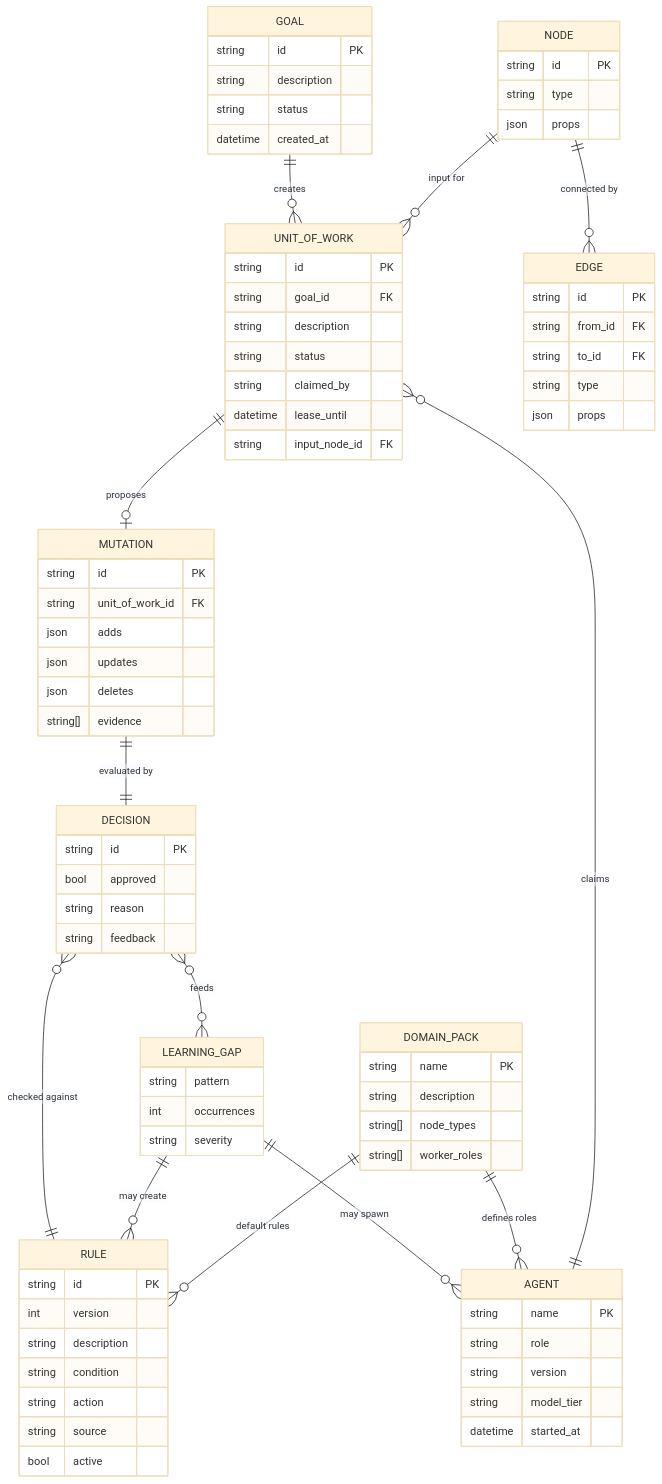
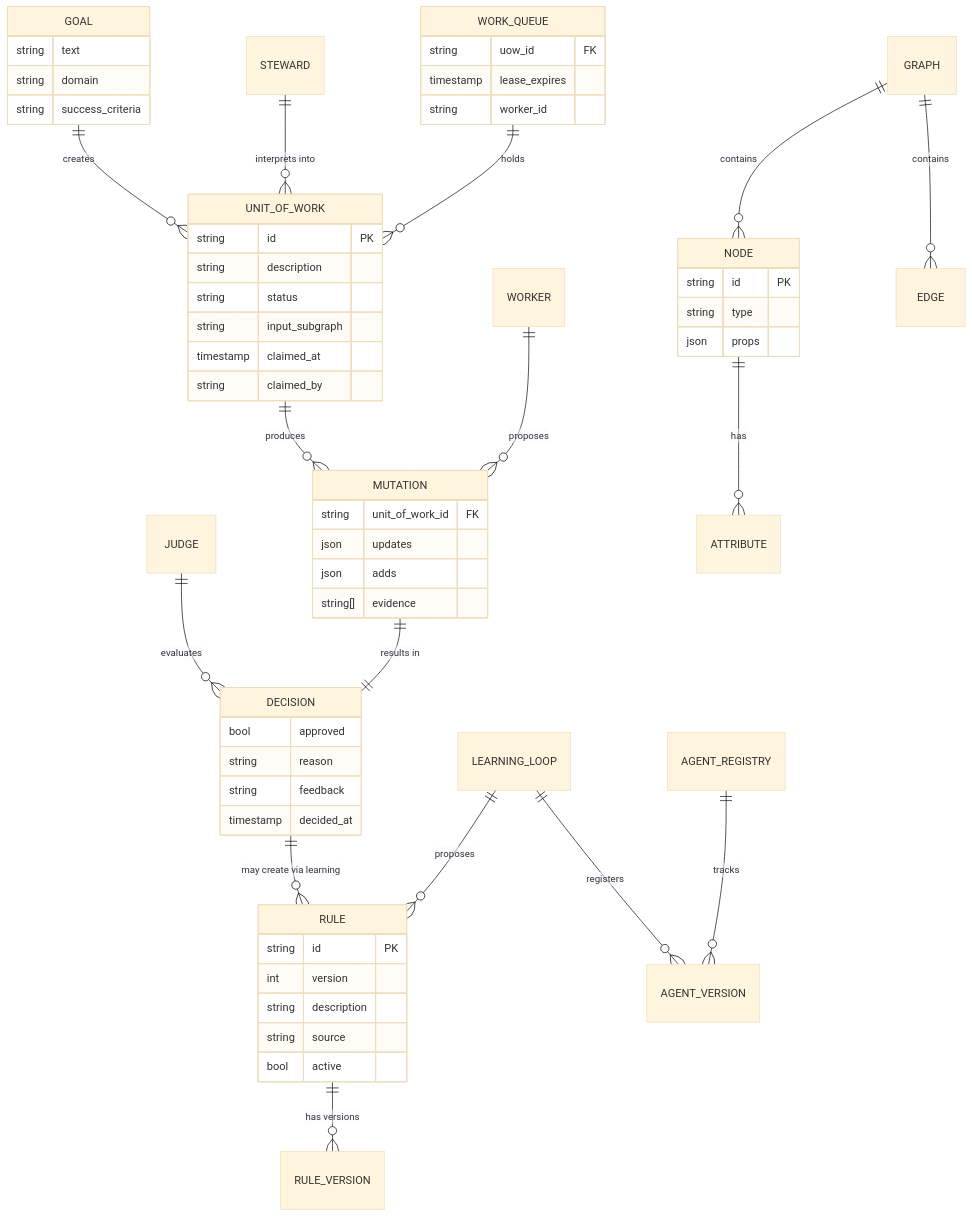
One commit to idristarwala/agent-factory changed the first of 6 diagrams in docs/ER_DIAGRAMS.md. Above: the diagram before and after it, drawn with Mermaid (base theme). The commit also changed other lines of this file and 1 other file, not shown here.

Commit message:
Add detailed ER and architecture diagrams to docs

````diff
--- a/docs/ER_DIAGRAMS.md
+++ b/docs/ER_DIAGRAMS.md
@@ -5,84 +7,61 @@
 ```mermaid
 erDiagram
     GOAL ||--o{ UNIT_OF_WORK : "creates"
-    UNIT_OF_WORK ||--o| MUTATION : "proposes"
-    MUTATION ||--|| DECISION : "evaluated by"
-    DECISION }o--|| RULE : "checked against"
-    DECISION }o--o{ LEARNING_GAP : "feeds"
-    LEARNING_GAP ||--o{ RULE : "may create"
-    LEARNING_GAP ||--o{ AGENT : "may spawn"
-    AGENT ||--o{ UNIT_OF_WORK : "claims"
-    NODE ||--o{ UNIT_OF_WORK : "input for"
-    NODE ||--o{ EDGE : "connected by"
-    DOMAIN_PACK ||--o{ AGENT : "defines roles"
-    DOMAIN_PACK ||--o{ RULE : "default rules"
+    STEWARD ||--o{ UNIT_OF_WORK : "interprets into"
+    UNIT_OF_WORK ||--o{ MUTATION : "produces"
+    WORKER ||--o{ MUTATION : "proposes"
+    JUDGE ||--o{ DECISION : "evaluates"
+    MUTATION ||--|| DECISION : "results in"
+    DECISION ||--o{ RULE : "may create via learning"
+    GRAPH ||--o{ NODE : "contains"
+    GRAPH ||--o{ EDGE : "contains"
+    NODE ||--o{ ATTRIBUTE : "has"
+    RULE ||--o{ RULE_VERSION : "has versions"
+    LEARNING_LOOP ||--o{ RULE : "proposes"
+    LEARNING_LOOP ||--o{ AGENT_VERSION : "registers"
+    WORK_QUEUE ||--o{ UNIT_OF_WORK : "holds"
+    AGENT_REGISTRY ||--o{ AGENT_VERSION : "tracks"
 
     GOAL {
+        string text
+        string domain
+        string success_criteria
+    }
+    UNIT_OF_WORK {
         string id PK
         string description
         string status
-        datetime created_at
+        string input_subgraph
+        timestamp claimed_at
+        string claimed_by
     }
-    UNIT_OF_WORK {
+    MUTATION {
+        string unit_of_work_id FK
+        json updates
+        json adds
+        string[] evidence
+    }
+    DECISION {
+        bool approved
+        string reason
+        string feedback
+        timestamp decided_at
+    }
+    RULE {
         string id PK
-        string goal_id FK
+        int version
         string description
-        string status
-        string claimed_by
-        datetime lease_until
-        string input_node_id FK
+        string source
+        bool active
     }
     NODE {
         string id PK
         string type
         json props
     }
-    EDGE {
-        string id PK
-        string from_id FK
-        string to_id FK
-        string type
-        json props
-    }
-    MUTATION {
-        string id PK
-        string unit_of_work_id FK
-        json adds
-        json updates
-        json deletes
-        string[] evidence
-    }
-    DECISION {
-        string id PK
-        bool approved
-        string reason
-        string feedback
-    }
-    RULE {
-        string id PK
-        int version
-        string description
-        string condition
-        string action
-        string source
-        bool active
-    }
-    AGENT {
-        string name PK
-        string role
-        string version
-        string model_tier
-        datetime started_at
-    }
-    LEARNING_GAP {
-        string pattern
-        int occurrences
-        string severity
-    }
-    DOMAIN_PACK {
-        string name PK
-        string description
-        string[] node_types
-        string[] worker_roles
+    WORK_QUEUE {
+        string uow_id FK
+        timestamp lease_expires
+        string worker_id
     }
 ```
````
